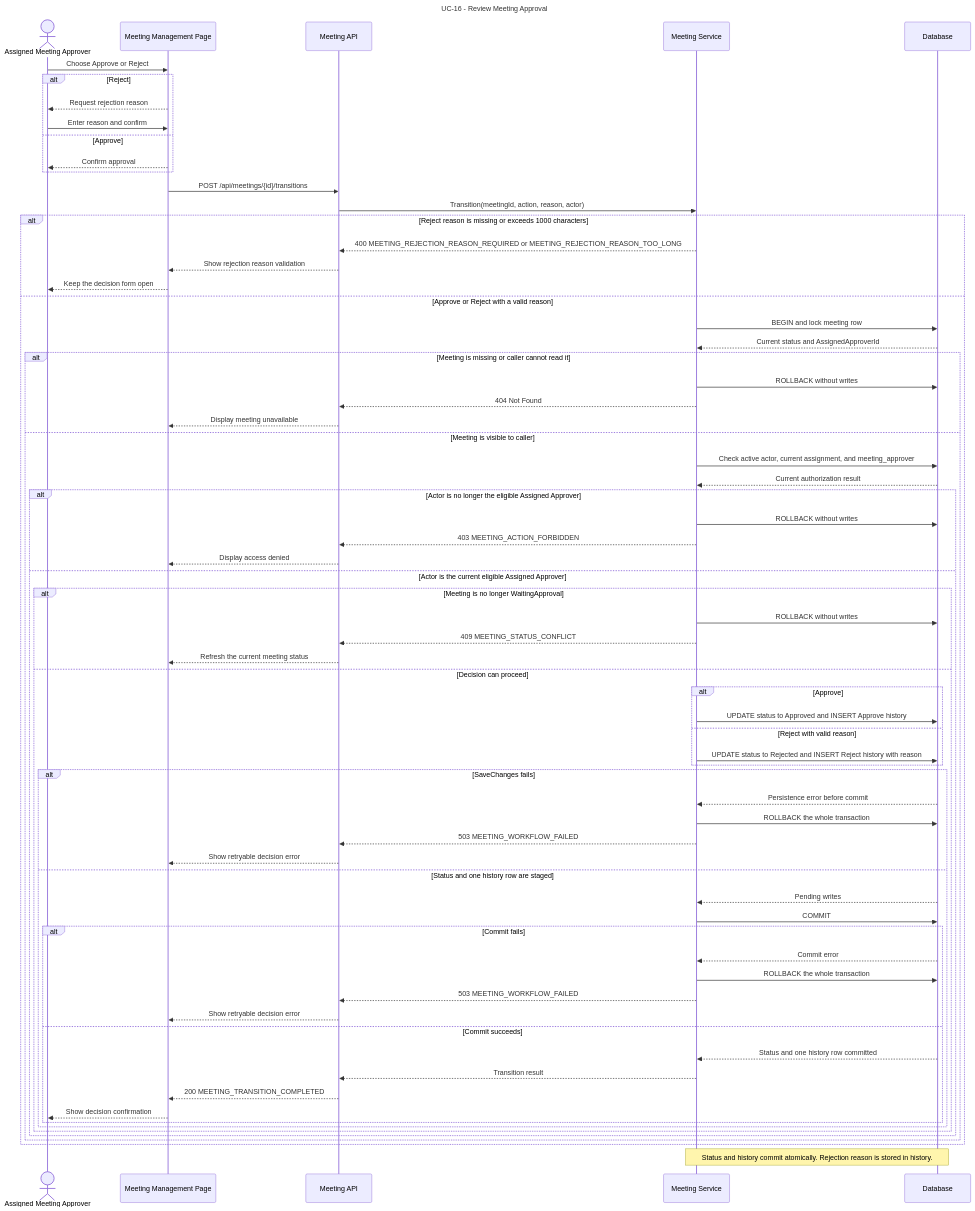
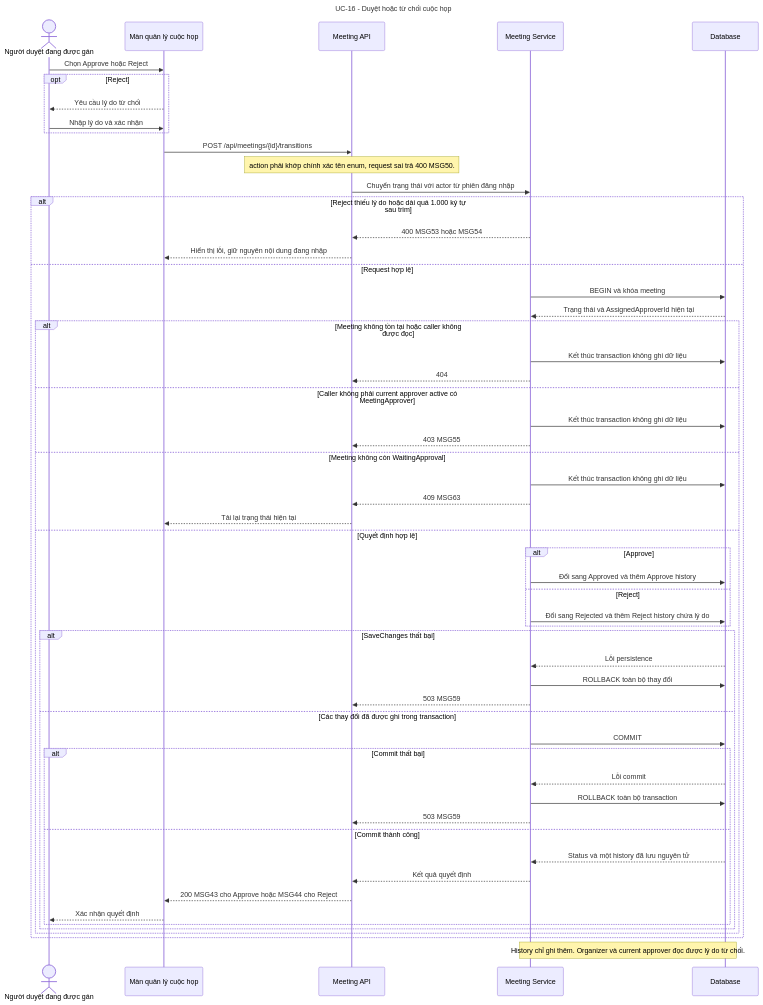
One commit to callmehai/FU-FA26-G116 changed the diagram in docs/assets/diagrams/meeting-management/ReviewMeetingApproval.mmd. Above: the diagram before and after it, drawn with Mermaid. The commit also changed 32 other files, not shown here.

Commit message:
Sửa lỗi review SCRUM-19 và đồng bộ hợp đồng cuộc họp

```diff
--- a/docs/assets/diagrams/meeting-management/ReviewMeetingApproval.mmd
+++ b/docs/assets/diagrams/meeting-management/ReviewMeetingApproval.mmd
@@ -1,75 +1,60 @@
 sequenceDiagram
-    title UC-16 - Review Meeting Approval
-    actor Approver as Assigned Meeting Approver
-    participant Page as Meeting Management Page
+    title UC-16 - Duyệt hoặc từ chối cuộc họp
+    actor Approver as Người duyệt đang được gán
+    participant Page as Màn quản lý cuộc họp
     participant API as Meeting API
     participant Service as Meeting Service
     participant DB as Database
 
-    Approver->>Page: Choose Approve or Reject
-    alt Reject
-        Page-->>Approver: Request rejection reason
-        Approver->>Page: Enter reason and confirm
-    else Approve
-        Page-->>Approver: Confirm approval
+    Approver->>Page: Chọn Approve hoặc Reject
+    opt Reject
+        Page-->>Approver: Yêu cầu lý do từ chối
+        Approver->>Page: Nhập lý do và xác nhận
     end
     Page->>API: POST /api/meetings/{id}/transitions
-    API->>Service: Transition(meetingId, action, reason, actor)
+    Note over API: action phải khớp chính xác tên enum, request sai trả 400 MSG50.
+    API->>Service: Chuyển trạng thái với actor từ phiên đăng nhập
 
-    alt Reject reason is missing or exceeds 1000 characters
-        Service-->>API: 400 MEETING_REJECTION_REASON_REQUIRED or MEETING_REJECTION_REASON_TOO_LONG
-        API-->>Page: Show rejection reason validation
-        Page-->>Approver: Keep the decision form open
-    else Approve or Reject with a valid reason
-        Service->>DB: BEGIN and lock meeting row
-        DB-->>Service: Current status and AssignedApproverId
-
-        alt Meeting is missing or caller cannot read it
-            Service->>DB: ROLLBACK without writes
-            Service-->>API: 404 Not Found
-            API-->>Page: Display meeting unavailable
-        else Meeting is visible to caller
-            Service->>DB: Check active actor, current assignment, and meeting_approver
-            DB-->>Service: Current authorization result
-            alt Actor is no longer the eligible Assigned Approver
-                Service->>DB: ROLLBACK without writes
-                Service-->>API: 403 MEETING_ACTION_FORBIDDEN
-                API-->>Page: Display access denied
-            else Actor is the current eligible Assigned Approver
-              alt Meeting is no longer WaitingApproval
-                Service->>DB: ROLLBACK without writes
-                Service-->>API: 409 MEETING_STATUS_CONFLICT
-                API-->>Page: Refresh the current meeting status
-              else Decision can proceed
-                alt Approve
-                Service->>DB: UPDATE status to Approved and INSERT Approve history
-                else Reject with valid reason
-                Service->>DB: UPDATE status to Rejected and INSERT Reject history with reason
+    alt Reject thiếu lý do hoặc dài quá 1.000 ký tự sau trim
+        Service-->>API: 400 MSG53 hoặc MSG54
+        API-->>Page: Hiển thị lỗi, giữ nguyên nội dung đang nhập
+    else Request hợp lệ
+        Service->>DB: BEGIN và khóa meeting
+        DB-->>Service: Trạng thái và AssignedApproverId hiện tại
+        alt Meeting không tồn tại hoặc caller không được đọc
+            Service->>DB: Kết thúc transaction không ghi dữ liệu
+            Service-->>API: 404
+        else Caller không phải current approver active có MeetingApprover
+            Service->>DB: Kết thúc transaction không ghi dữ liệu
+            Service-->>API: 403 MSG55
+        else Meeting không còn WaitingApproval
+            Service->>DB: Kết thúc transaction không ghi dữ liệu
+            Service-->>API: 409 MSG63
+            API-->>Page: Tải lại trạng thái hiện tại
+        else Quyết định hợp lệ
+            alt Approve
+                Service->>DB: Đổi sang Approved và thêm Approve history
+            else Reject
+                Service->>DB: Đổi sang Rejected và thêm Reject history chứa lý do
+            end
+            alt SaveChanges thất bại
+                DB-->>Service: Lỗi persistence
+                Service->>DB: ROLLBACK toàn bộ thay đổi
+                Service-->>API: 503 MSG59
+            else Các thay đổi đã được ghi trong transaction
+                Service->>DB: COMMIT
+                alt Commit thất bại
+                    DB-->>Service: Lỗi commit
+                    Service->>DB: ROLLBACK toàn bộ transaction
+                    Service-->>API: 503 MSG59
+                else Commit thành công
+                    DB-->>Service: Status và một history đã lưu nguyên tử
+                    Service-->>API: Kết quả quyết định
+                    API-->>Page: 200 MSG43 cho Approve hoặc MSG44 cho Reject
+                    Page-->>Approver: Xác nhận quyết định
                 end
-
-                alt SaveChanges fails
-                    DB-->>Service: Persistence error before commit
-                    Service->>DB: ROLLBACK the whole transaction
-                    Service-->>API: 503 MEETING_WORKFLOW_FAILED
-                    API-->>Page: Show retryable decision error
-                else Status and one history row are staged
-                    DB-->>Service: Pending writes
-                    Service->>DB: COMMIT
-                    alt Commit fails
-                        DB-->>Service: Commit error
-                        Service->>DB: ROLLBACK the whole transaction
-                        Service-->>API: 503 MEETING_WORKFLOW_FAILED
-                        API-->>Page: Show retryable decision error
-                    else Commit succeeds
-                        DB-->>Service: Status and one history row committed
-                        Service-->>API: Transition result
-                        API-->>Page: 200 MEETING_TRANSITION_COMPLETED
-                        Page-->>Approver: Show decision confirmation
-                    end
-                end
-              end
             end
         end
     end
 
-    Note over Service,DB: Status and history commit atomically. Rejection reason is stored in history.
+    Note over Service,DB: History chỉ ghi thêm. Organizer và current approver đọc được lý do từ chối.
```
